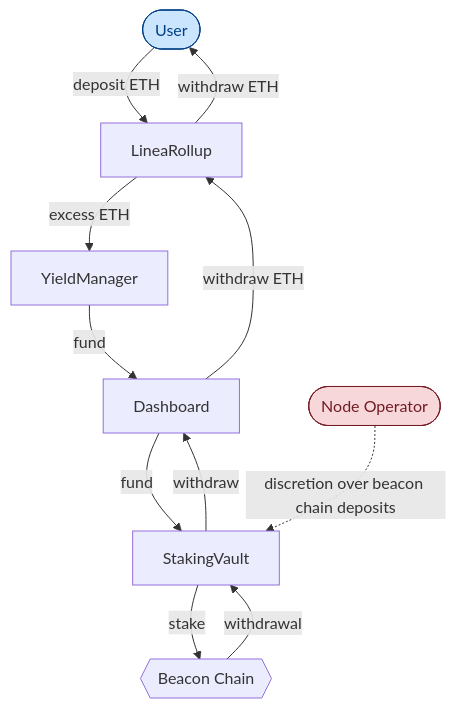
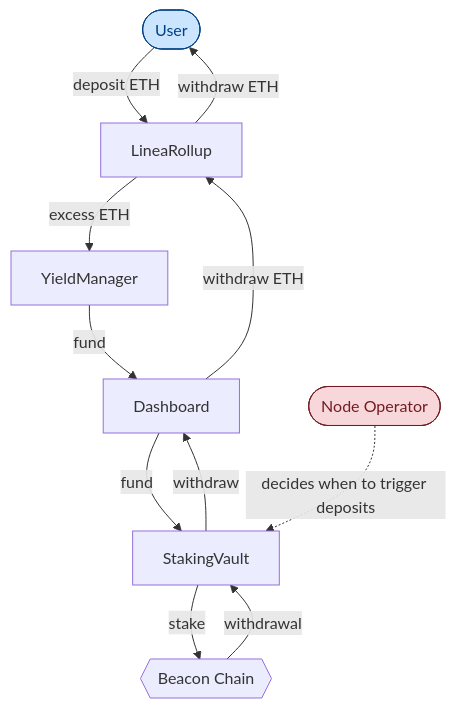
Before and after one commit to Consensys/doc.linea: the first of 8 diagrams in docs/protocol/yield-boost.mdx, drawn with Mermaid. The commit also changed other lines of this file, not shown here.

Commit message:
docs: clarify Node Operator role in Yield Boost deposit diagram
Soften "discretion over beacon chain deposits" to "decides when to
trigger deposits" and add note explaining the automated nature of the
process and the recommended greedy-staking approach.

````diff
--- a/docs/protocol/yield-boost.mdx
+++ b/docs/protocol/yield-boost.mdx
@@ -38,27 +38,27 @@
 ```mermaid
 flowchart TD
     User([User])
     LR[LineaRollup]
     YM[YieldManager]
     DB[Dashboard]
     SV[StakingVault]
     NO([Node Operator])
     BC{{Beacon Chain}}
 
     User -->|deposit ETH| LR
     LR -->|excess ETH| YM
     YM -->|fund| DB
     DB -->|fund| SV
-    NO -.->|discretion over beacon chain deposits| SV
+    NO -.->|decides when to trigger deposits| SV
     SV -->|stake| BC
     BC -->|withdrawal| SV
     SV -->|withdraw| DB
     DB -->|withdraw ETH| LR
     LR -->|withdraw ETH| User
 
     classDef admin fill:#f8d7da,stroke:#721c24,stroke-width:1px,color:#721c24
     classDef permissionless fill:#cce5ff,stroke:#004085,stroke-width:1px,color:#004085
 
     class NO admin
     class User permissionless
 ```
````
